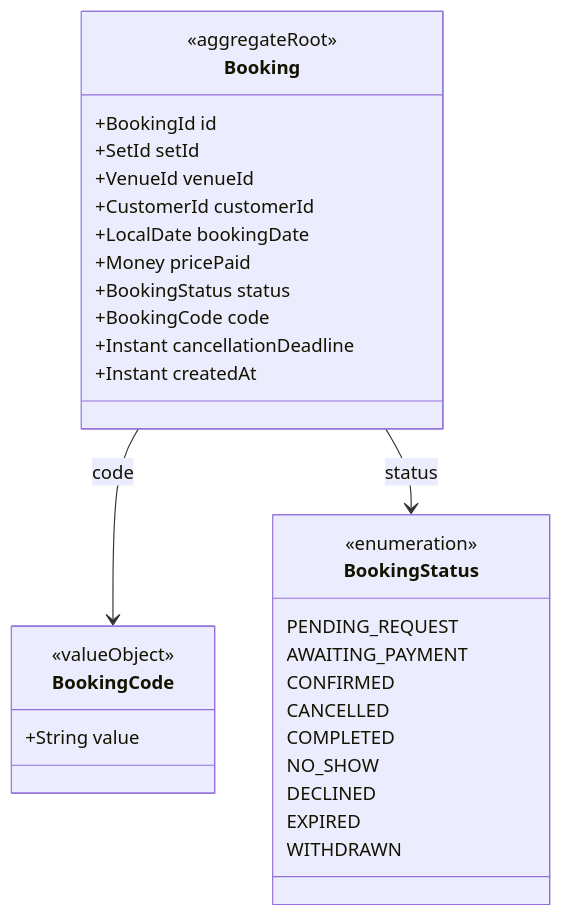
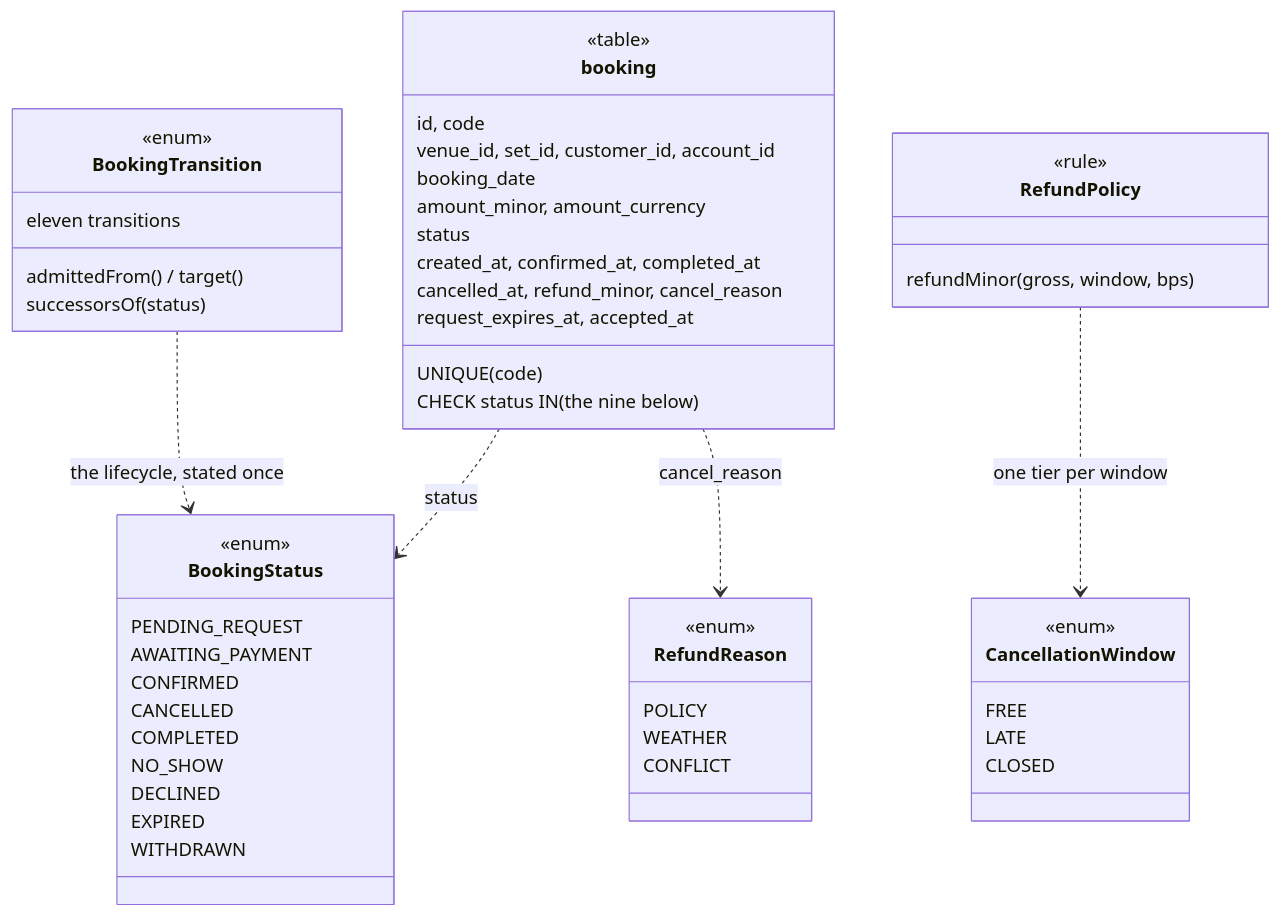
Before and after one commit to ivopogace/riviera-sunbed-booking: the fifth of 15 diagrams in docs/architecture/domain-model.md, drawn with Mermaid. The commit also changed other lines of this file and 53 other files, not shown here.

````diff
--- a/docs/architecture/domain-model.md
+++ b/docs/architecture/domain-model.md
@@ -239,34 +294,54 @@
 ```mermaid
 classDiagram
-    class Booking {
-        <<aggregateRoot>>
-        +BookingId id
-        +SetId setId
-        +VenueId venueId
-        +CustomerId customerId
-        +LocalDate bookingDate
-        +Money pricePaid
-        +BookingStatus status
-        +BookingCode code
-        +Instant cancellationDeadline
-        +Instant createdAt
-    }
-    class BookingCode {
-        <<valueObject>>
-        +String value
+    class booking {
+        <<table>>
+        id, code
+        venue_id, set_id, customer_id, account_id
+        booking_date
+        amount_minor, amount_currency
+        status
+        created_at, confirmed_at, completed_at
+        cancelled_at, refund_minor, cancel_reason
+        request_expires_at, accepted_at
+        UNIQUE (code)
+        CHECK status IN (the nine below)
     }
     class BookingStatus {
-        <<enumeration>>
+        <<enum>>
         PENDING_REQUEST
         AWAITING_PAYMENT
         CONFIRMED
         CANCELLED
         COMPLETED
         NO_SHOW
         DECLINED
         EXPIRED
         WITHDRAWN
     }
-    Booking --> BookingCode : code
-    Booking --> BookingStatus : status
+    class BookingTransition {
+        <<enum>>
+        eleven transitions
+        admittedFrom() / target()
+        successorsOf(status)
+    }
+    class RefundPolicy {
+        <<rule>>
+        refundMinor(gross, window, bps)
+    }
+    class CancellationWindow {
+        <<enum>>
+        FREE
+        LATE
+        CLOSED
+    }
+    class RefundReason {
+        <<enum>>
+        POLICY
+        WEATHER
+        CONFLICT
+    }
+    booking ..> BookingStatus : status
+    BookingTransition ..> BookingStatus : the lifecycle, stated once
+    RefundPolicy ..> CancellationWindow : one tier per window
+    booking ..> RefundReason : cancel_reason
 ```
````
